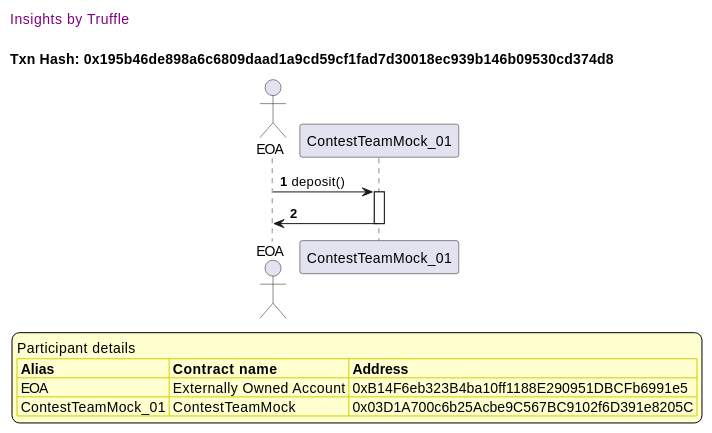
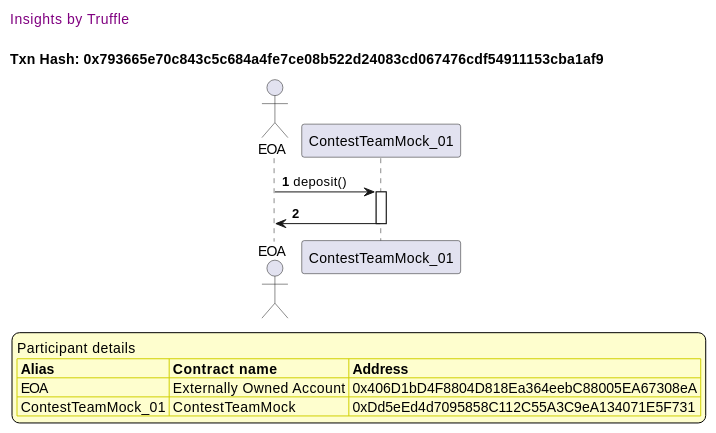
Before and after one commit to fodisi/hackapay: the tenth of 50 diagrams in truffle-seq/core_contestteam.md, drawn with PlantUML. The commit also changed other lines of this file and 10 other files, not shown here.

````diff
--- a/truffle-seq/core_contestteam.md
+++ b/truffle-seq/core_contestteam.md
@@ -883,37 +878,37 @@
 ```plantuml
 
 
 @startuml
 
 autonumber
 skinparam legendBackgroundColor #FEFECE
 
 <style>
       header {
         HorizontalAlignment left
         FontColor purple
         FontSize 14
         Padding 10
       }
     </style>
 
 header Insights by Truffle
 
-title Txn Hash: 0x195b46de898a6c6809daad1a9cd59cf1fad7d30018ec939b146b09530cd374d8
+title Txn Hash: 0x793665e70c843c5c684a4fe7ce08b522d24083cd067476cdf54911153cba1af9
 
 
 actor EOA as "EOA"
 participant ContestTeamMock_01 as "ContestTeamMock_01"
 
 "EOA" -> "ContestTeamMock_01" ++: deposit()
 "ContestTeamMock_01" -> "EOA" --: 
 
 legend
 Participant details
 <#FEFECE,#D0D000>|= Alias |= Contract name |= Address |
-<#FEFECE>| EOA | Externally Owned Account | 0xB14F6eb323B4ba10ff1188E290951DBCFb6991e5 |
-<#FEFECE>| ContestTeamMock_01 | ContestTeamMock | 0x03D1A700c6b25Acbe9C567BC9102f6D391e8205C |
+<#FEFECE>| EOA | Externally Owned Account | 0x406D1bD4F8804D818Ea364eebC88005EA67308eA |
+<#FEFECE>| ContestTeamMock_01 | ContestTeamMock | 0xDd5eEd4d7095858C112C55A3C9eA134071E5F731 |
 endlegend
 
 @enduml
 ```
````
